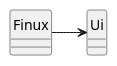
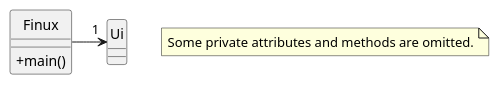
One commit to nus-cs2113-AY2021S2/tp changed the diagram in docs/diagrams/UIComponentDiagram.puml. Above: the diagram before and after it, drawn with PlantUML. The commit also changed 2 other files, not shown here.

```diff
--- a/docs/diagrams/UIComponentDiagram.puml
+++ b/docs/diagrams/UIComponentDiagram.puml
@@ -1,13 +1,18 @@
 @startuml
 hide circle
 skinparam monochrome false
+skinparam classAttributeIconSize 0
+
+note "Some private attributes and methods are omitted." as N1
 
 class Finux {
+
+    +main()
 }
 
 class Ui {
 }
 
-Finux -> Ui
+Finux -> "1"Ui
 
 @enduml
```
